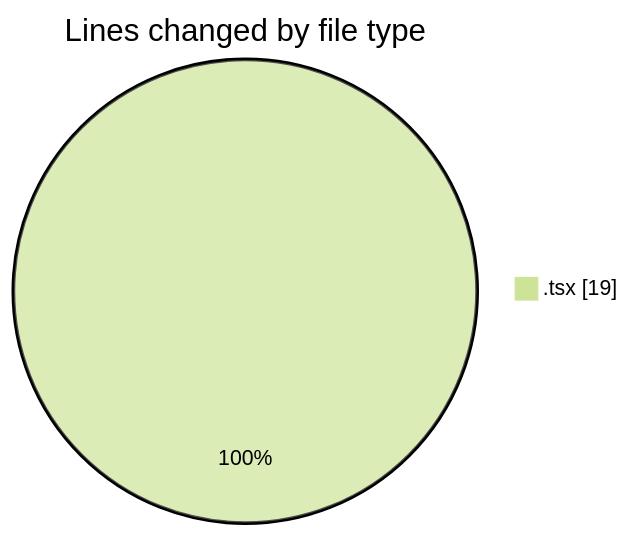
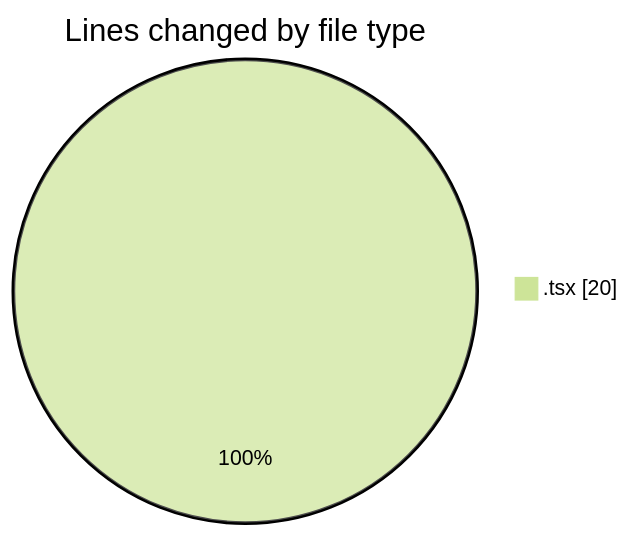
Before and after one commit to momahboobian/code-tracking: the first of 2 diagrams in 2026-08-25/cda/README.md, drawn with Mermaid (forest theme). The commit also changed other lines of this file and 1 other file, not shown here.

````diff
--- a/2026-08-25/cda/README.md
+++ b/2026-08-25/cda/README.md
@@ -20,5 +20,5 @@
 ```mermaid
 pie showData
 title Lines changed by file type
-".tsx" : 19
+".tsx" : 20
 ```
````
